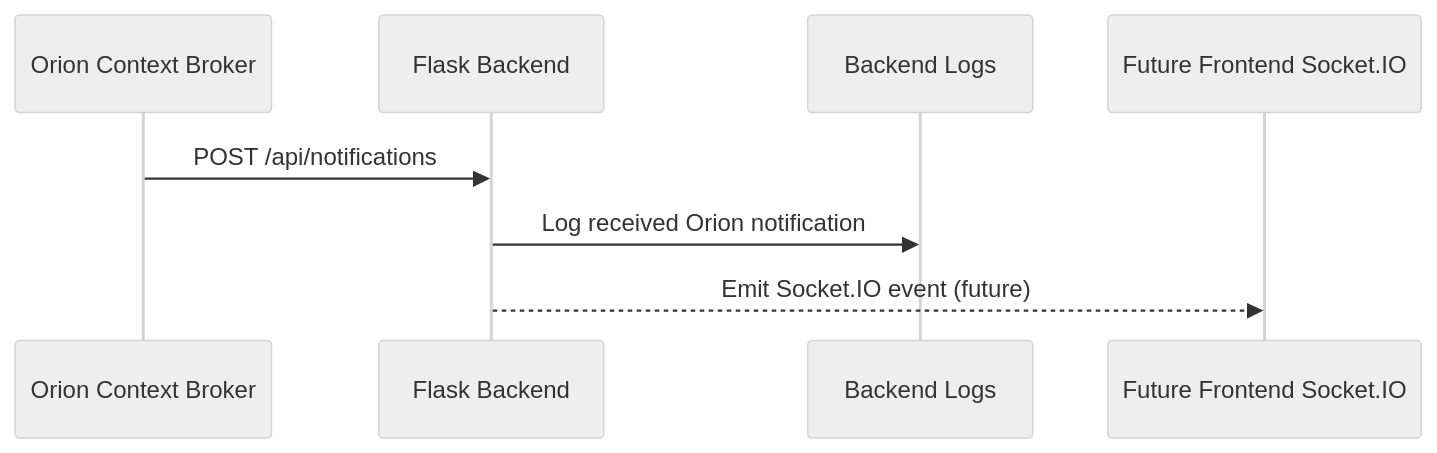
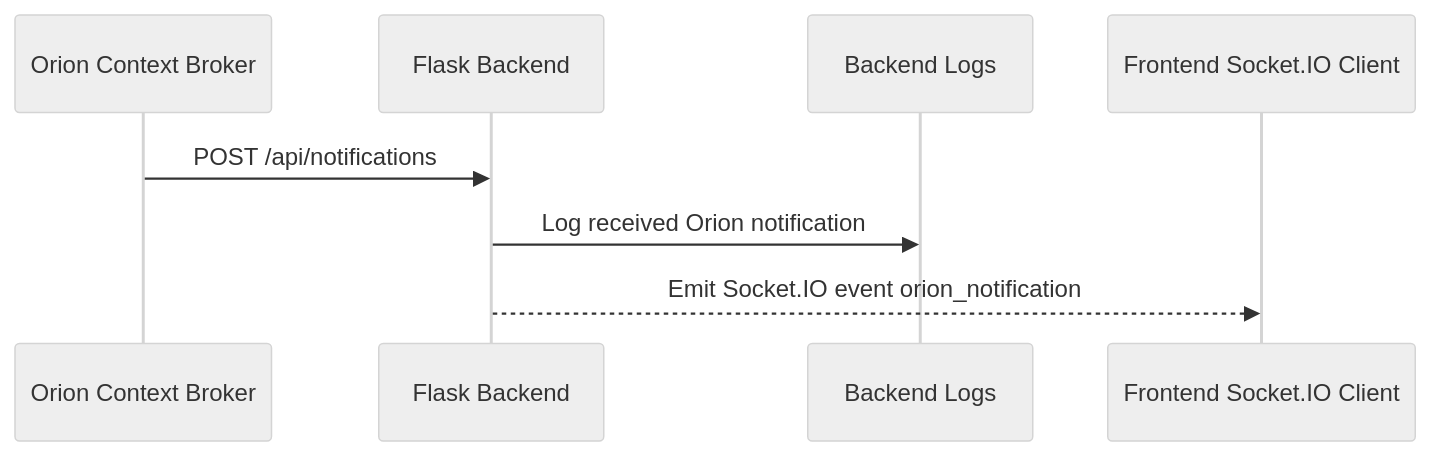
Before and after one commit to AlejandroVarelaV/fiware-enhanced-application: the second of 2 diagrams in architecture.md, drawn with Mermaid (neutral theme). The commit also changed other lines of this file and 7 other files, not shown here.

````diff
--- a/architecture.md
+++ b/architecture.md
@@ -245,11 +267,11 @@
 ```mermaid
 sequenceDiagram
   participant O as Orion Context Broker
   participant B as Flask Backend
   participant L as Backend Logs
-  participant F as Future Frontend Socket.IO
+  participant F as Frontend Socket.IO Client
 
   O->>B: POST /api/notifications
   B->>L: Log received Orion notification
-  B-->>F: Emit Socket.IO event (future)
+  B-->>F: Emit Socket.IO event orion_notification
 ```
````
